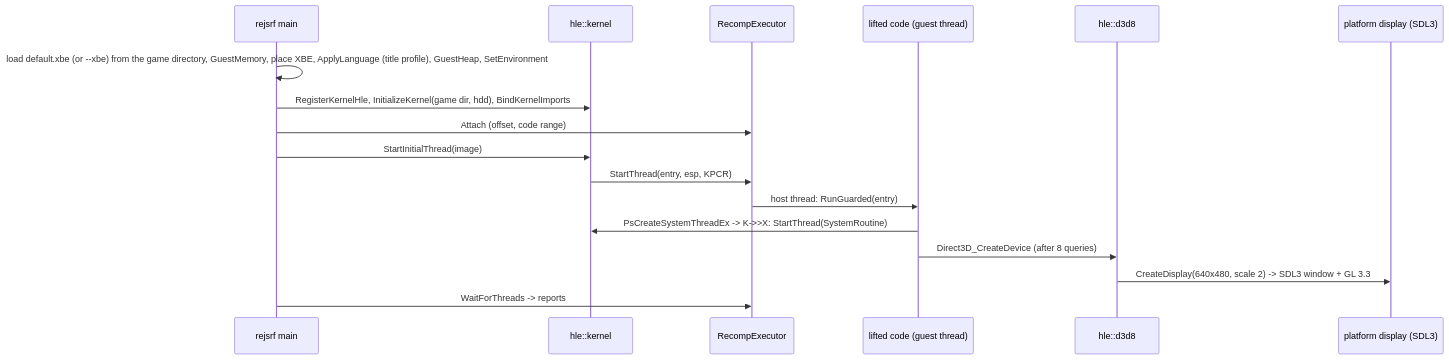
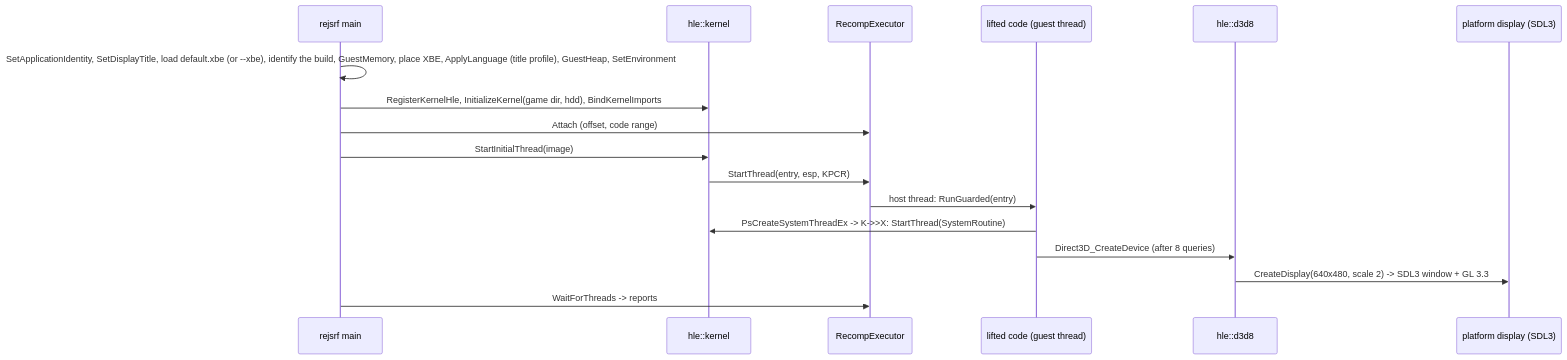
Before and after one commit to nworkers/reJSRF: the third of 3 diagrams in ARCHITECTURE.md, drawn with Mermaid. The commit also changed other lines of this file and 172 other files, not shown here.

````diff
--- a/ARCHITECTURE.md
+++ b/ARCHITECTURE.md
@@ -126,19 +55,19 @@
 ```mermaid
 sequenceDiagram
     participant App as rejsrf main
     participant K as hle::kernel
     participant X as RecompExecutor
     participant G as lifted code (guest thread)
     participant D3D as hle::d3d8
     participant P as platform display (SDL3)
-    App->>App: load default.xbe (or --xbe) from the game directory, GuestMemory, place XBE, ApplyLanguage (title profile), GuestHeap, SetEnvironment
+    App->>App: SetApplicationIdentity, SetDisplayTitle, load default.xbe (or --xbe), identify the build, GuestMemory, place XBE, ApplyLanguage (title profile), GuestHeap, SetEnvironment
     App->>K: RegisterKernelHle, InitializeKernel(game dir, hdd), BindKernelImports
     App->>X: Attach (offset, code range)
     App->>K: StartInitialThread(image)
     K->>X: StartThread(entry, esp, KPCR)
     X->>G: host thread: RunGuarded(entry)
     G->>K: PsCreateSystemThreadEx -> K->>X: StartThread(SystemRoutine)
     G->>D3D: Direct3D_CreateDevice (after 8 queries)
     D3D->>P: CreateDisplay(640x480, scale 2) -> SDL3 window + GL 3.3
     App->>X: WaitForThreads -> reports
 ```
````
